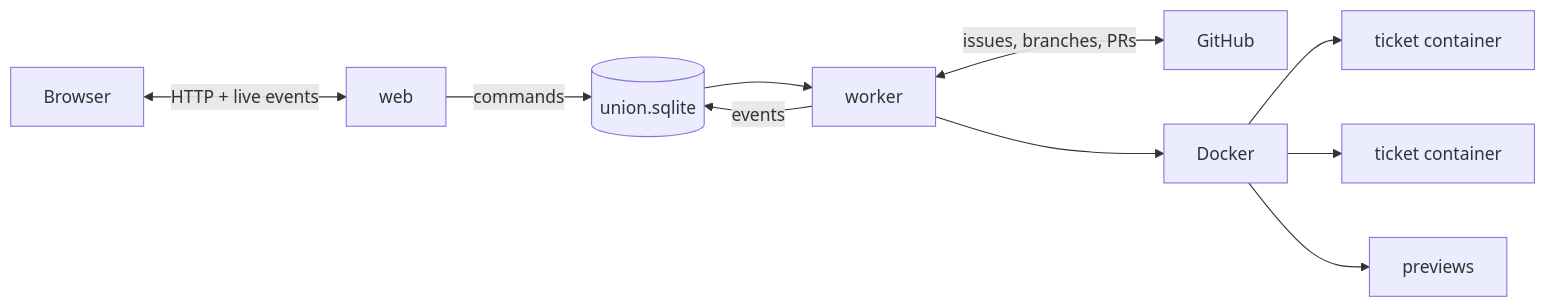
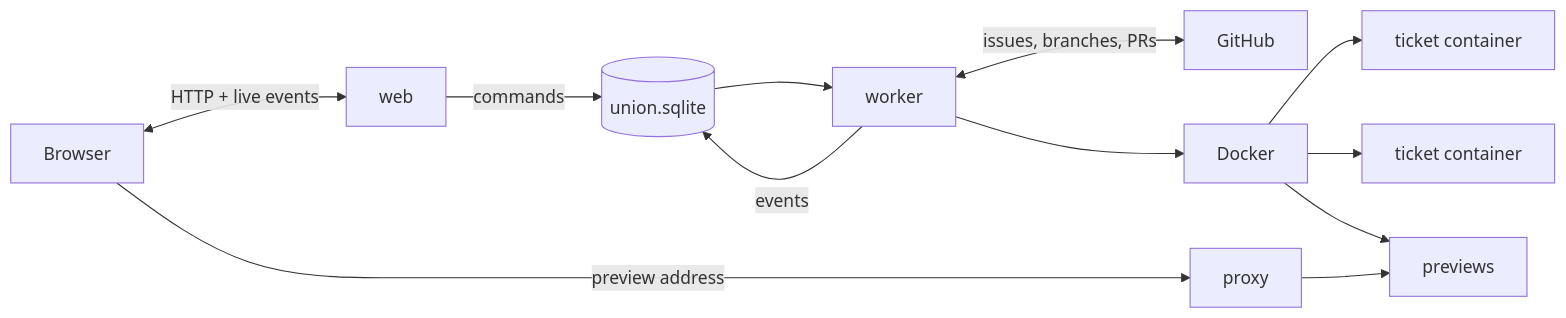
The diagram in documentation/how-it-works.md (LeoDurillon/Unions), drawn with Mermaid before and after one commit. The commit also changed other lines of this file and 16 other files, not shown here.

````diff
--- a/documentation/how-it-works.md
+++ b/documentation/how-it-works.md
@@ -8,12 +8,14 @@
 ```mermaid
 flowchart LR
     B[Browser] <-->|HTTP + live events| W[web]
     W -->|commands| DB[(union.sqlite)]
     DB --> K[worker]
     K -->|events| DB
     K <-->|issues, branches, PRs| GH[GitHub]
     K --> D[Docker]
     D --> C1[ticket container]
     D --> C2[ticket container]
     D --> P[previews]
+    B -->|preview address| X[proxy]
+    X --> P
 ```
````
